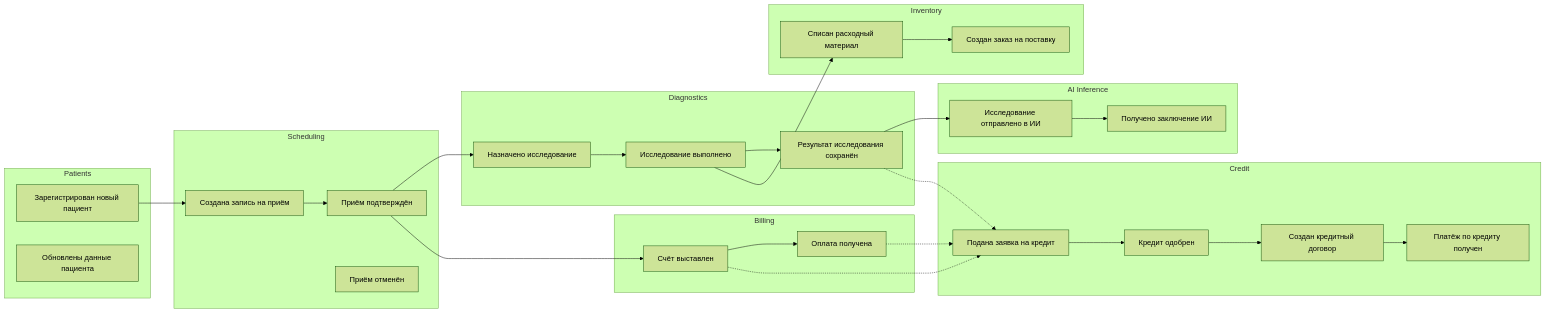
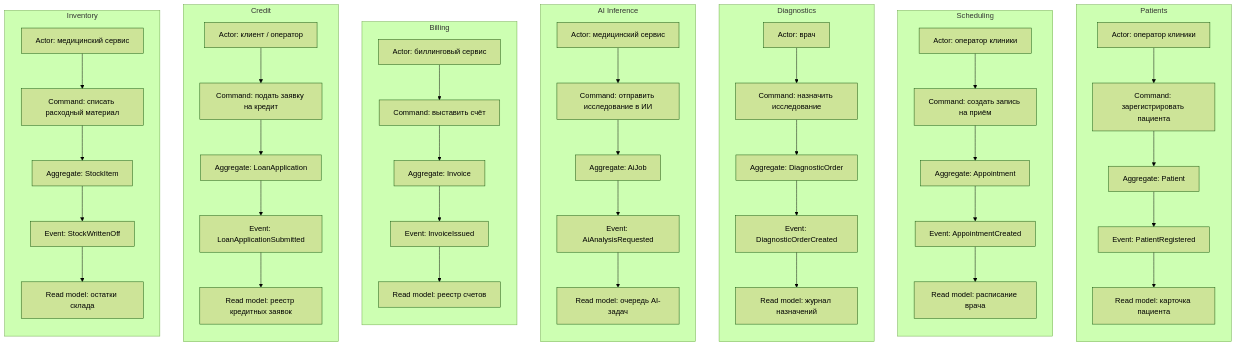
The first of 2 diagrams in Task4Advanced/event-storming.md (reo7sp/practicum-architecture-project11), drawn with Mermaid (forest theme) before and after one commit. The commit also changed other lines of this file and 1 other file, not shown here.

````diff
--- a/Task4Advanced/event-storming.md
+++ b/Task4Advanced/event-storming.md
@@ -3,59 +3,58 @@
 ```mermaid
-flowchart LR
+flowchart TB
     subgraph Patients
-        E1["Зарегистрирован новый пациент"]
-        E2["Обновлены данные пациента"]
+        direction TB
+        PA["Actor: оператор клиники"] --> PC["Command: зарегистрировать пациента"]
+        PC --> PG["Aggregate: Patient"]
+        PG --> PE["Event: PatientRegistered"]
+        PE --> PR["Read model: карточка пациента"]
     end
 
     subgraph Scheduling
-        E3["Создана запись на приём"]
-        E4["Приём подтверждён"]
-        E5["Приём отменён"]
+        direction TB
+        SA["Actor: оператор клиники"] --> SC["Command: создать запись на приём"]
+        SC --> SG["Aggregate: Appointment"]
+        SG --> SE["Event: AppointmentCreated"]
+        SE --> SR["Read model: расписание врача"]
     end
 
     subgraph Diagnostics
-        E6["Назначено исследование"]
-        E7["Исследование выполнено"]
-        E8["Результат исследования сохранён"]
+        direction TB
+        DA["Actor: врач"] --> DC["Command: назначить исследование"]
+        DC --> DG["Aggregate: DiagnosticOrder"]
+        DG --> DE["Event: DiagnosticOrderCreated"]
+        DE --> DR["Read model: журнал назначений"]
     end
 
     subgraph AI Inference
-        E9["Исследование отправлено в ИИ"]
-        E10["Получено заключение ИИ"]
+        direction TB
+        AA["Actor: медицинский сервис"] --> AC["Command: отправить исследование в ИИ"]
+        AC --> AG["Aggregate: AiJob"]
+        AG --> AE["Event: AiAnalysisRequested"]
+        AE --> AR["Read model: очередь AI-задач"]
     end
 
     subgraph Billing
-        E11["Счёт выставлен"]
-        E12["Оплата получена"]
+        direction TB
+        BA["Actor: биллинговый сервис"] --> BC["Command: выставить счёт"]
+        BC --> BG["Aggregate: Invoice"]
+        BG --> BE["Event: InvoiceIssued"]
+        BE --> BR["Read model: реестр счетов"]
     end
 
     subgraph Credit
-        E13["Подана заявка на кредит"]
-        E14["Кредит одобрен"]
-        E15["Создан кредитный договор"]
-        E16["Платёж по кредиту получен"]
+        direction TB
+        CA["Actor: клиент / оператор"] --> CC["Command: подать заявку на кредит"]
+        CC --> CG["Aggregate: LoanApplication"]
+        CG --> CE["Event: LoanApplicationSubmitted"]
+        CE --> CR["Read model: реестр кредитных заявок"]
     end
 
     subgraph Inventory
-        E17["Списан расходный материал"]
-        E18["Создан заказ на поставку"]
+        direction TB
+        IA["Actor: медицинский сервис"] --> IC["Command: списать расходный материал"]
+        IC --> IG["Aggregate: StockItem"]
+        IG --> IE["Event: StockWrittenOff"]
+        IE --> IR["Read model: остатки склада"]
     end
-
-    E1 --> E3
-    E3 --> E4
-    E4 --> E6
-    E6 --> E7
-    E7 --> E8
-    E8 --> E9
-    E9 --> E10
-    E4 --> E11
-    E11 --> E12
-    E13 --> E14
-    E14 --> E15
-    E15 --> E16
-    E7 --> E17
-    E17 --> E18
-    E11 -.-> E13
-    E12 -.-> E13
-    E8 -.-> E13
 ```
````
